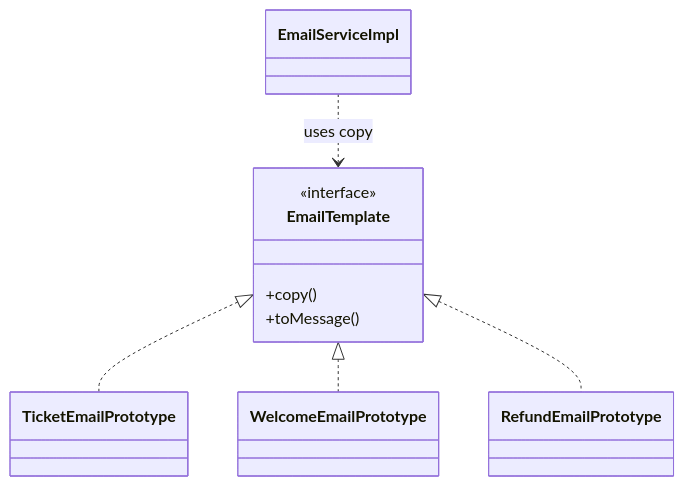
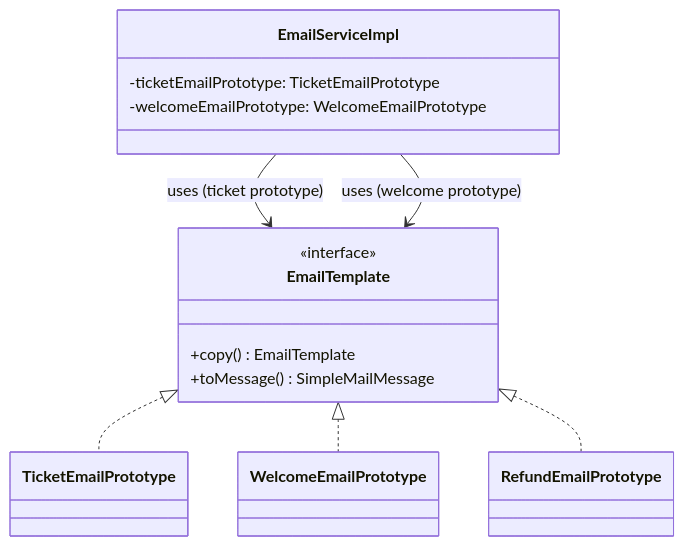
Before and after one commit to anhtudayne/Design_Pattern: the diagram in plans/07-prototype-email-templates.md, drawn with Mermaid. The commit also changed 30 other files, not shown here.

Commit message:
add uml design pattern

````diff
--- a/plans/07-prototype-email-templates.md
+++ b/plans/07-prototype-email-templates.md
@@ -100,18 +100,22 @@
 ```mermaid
 classDiagram
   direction TB
   class EmailTemplate {
     <<interface>>
-    +copy()
-    +toMessage()
+    +copy() EmailTemplate
+    +toMessage() SimpleMailMessage
   }
   class TicketEmailPrototype
   class WelcomeEmailPrototype
   class RefundEmailPrototype
-  class EmailServiceImpl
+  class EmailServiceImpl {
+    -ticketEmailPrototype: TicketEmailPrototype
+    -welcomeEmailPrototype: WelcomeEmailPrototype
+  }
 
   EmailTemplate <|.. TicketEmailPrototype
   EmailTemplate <|.. WelcomeEmailPrototype
   EmailTemplate <|.. RefundEmailPrototype
-  EmailServiceImpl ..> EmailTemplate : uses copy
+  EmailServiceImpl --> EmailTemplate : uses (ticket prototype)
+  EmailServiceImpl --> EmailTemplate : uses (welcome prototype)
 ```
````
